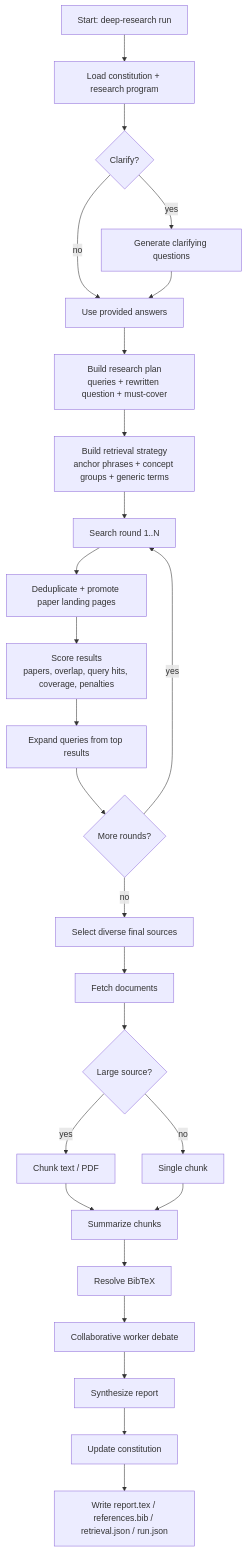
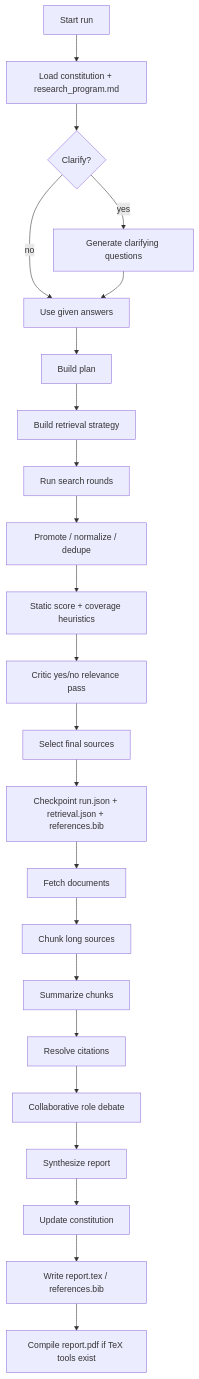
Before and after one commit to kunpai/research: the second of 2 diagrams in README.md, drawn with Mermaid. The commit also changed other lines of this file, not shown here.

````diff
--- a/README.md
+++ b/README.md
@@ -57,28 +81,25 @@
 ```mermaid
 flowchart TD
-    A["Start: deep-research run <topic>"] --> B["Load constitution + research program"]
+    A["Start run"] --> B["Load constitution + research_program.md"]
     B --> C{"Clarify?"}
     C -->|yes| D["Generate clarifying questions"]
-    C -->|no| E["Use provided answers"]
+    C -->|no| E["Use given answers"]
     D --> E
-    E --> F["Build research plan\nqueries + rewritten question + must-cover"]
-    F --> G["Build retrieval strategy\nanchor phrases + concept groups + generic terms"]
-    G --> H["Search round 1..N"]
-    H --> I["Deduplicate + promote paper landing pages"]
-    I --> J["Score results\npapers, overlap, query hits, coverage, penalties"]
-    J --> K["Expand queries from top results"]
-    K --> L{"More rounds?"}
-    L -->|yes| H
-    L -->|no| M["Select diverse final sources"]
+    E --> F["Build plan"]
+    F --> G["Build retrieval strategy"]
+    G --> H["Run search rounds"]
+    H --> I["Promote / normalize / dedupe"]
+    I --> J["Static score + coverage heuristics"]
+    J --> K["Critic yes/no relevance pass"]
+    K --> L["Select final sources"]
+    L --> M["Checkpoint run.json + retrieval.json + references.bib"]
     M --> N["Fetch documents"]
-    N --> O{"Large source?"}
-    O -->|yes| P["Chunk text / PDF"]
-    O -->|no| Q["Single chunk"]
-    P --> R["Summarize chunks"]
-    Q --> R
-    R --> S["Resolve BibTeX"]
-    S --> T["Collaborative worker debate"]
-    T --> U["Synthesize report"]
-    U --> V["Update constitution"]
-    V --> W["Write report.tex / references.bib / retrieval.json / run.json"]
+    N --> O["Chunk long sources"]
+    O --> P["Summarize chunks"]
+    P --> Q["Resolve citations"]
+    Q --> R["Collaborative role debate"]
+    R --> S["Synthesize report"]
+    S --> T["Update constitution"]
+    T --> U["Write report.tex / references.bib"]
+    U --> V["Compile report.pdf if TeX tools exist"]
 ```
````
